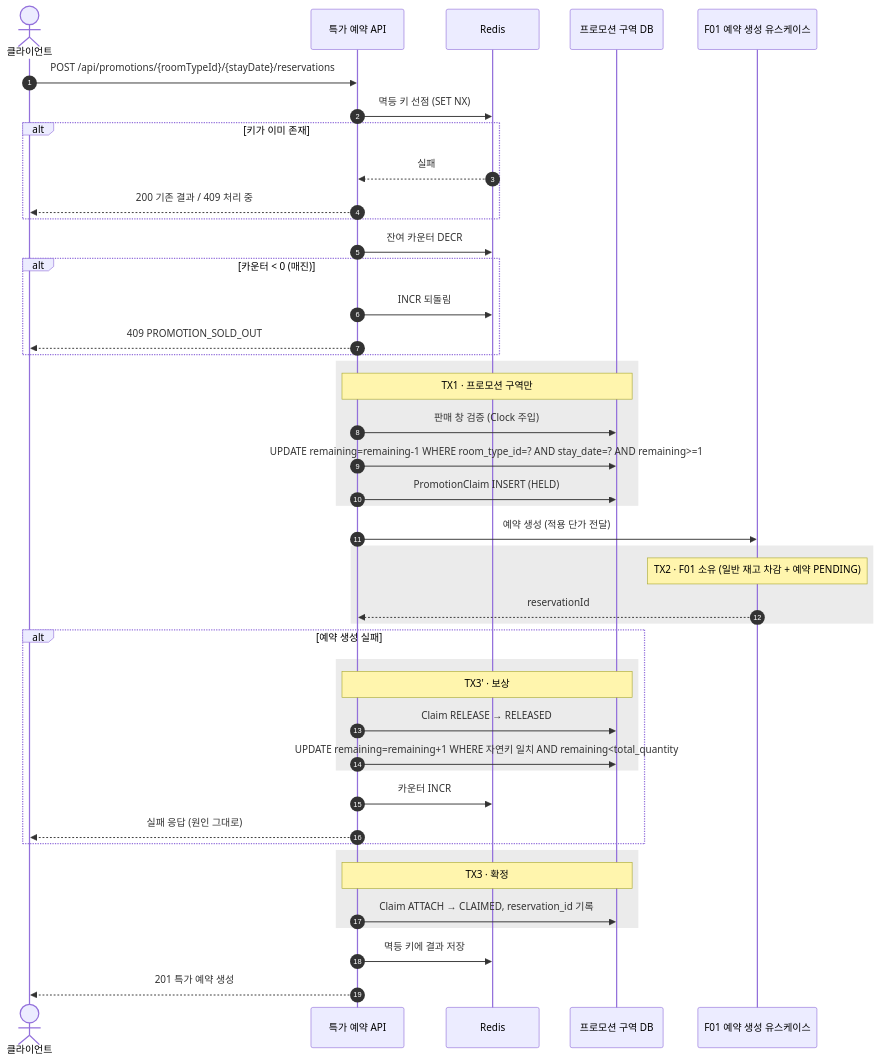
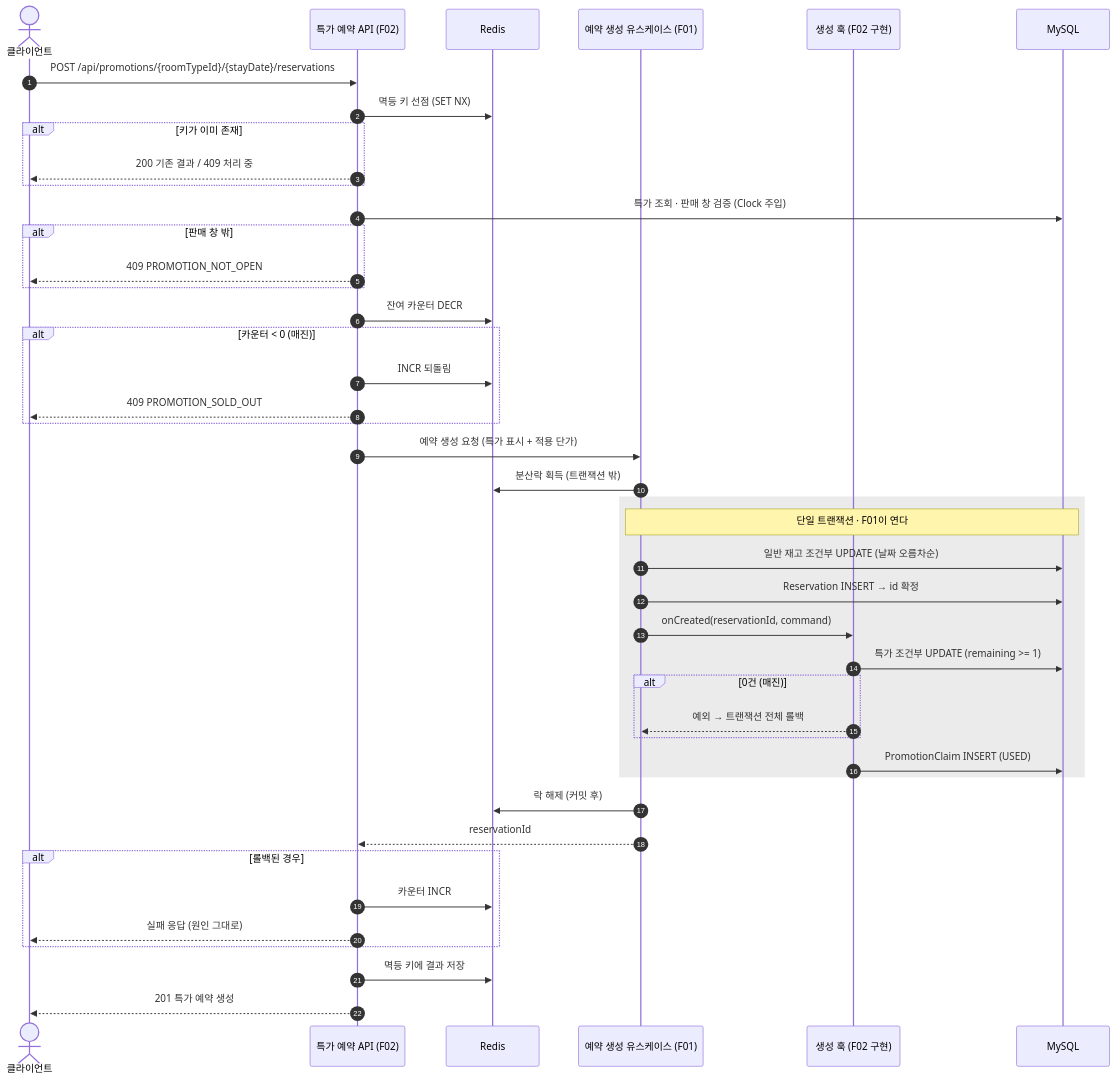
One commit to Diocto/pms changed the fourth of 5 diagrams in docs/spec/F02-선착순-프로모션.md. Above: the diagram before and after it, drawn with Mermaid. The commit also changed other lines of this file and 1 other file, not shown here.

````diff
--- a/docs/spec/F02-선착순-프로모션.md
+++ b/docs/spec/F02-선착순-프로모션.md
@@ -315,47 +340,46 @@
 ```mermaid
 sequenceDiagram
     autonumber
     actor C as 클라이언트
-    participant API as 특가 예약 API
+    participant API as 특가 예약 API (F02)
     participant R as Redis
-    participant P as 프로모션 구역 DB
-    participant F1 as F01 예약 생성 유스케이스
+    participant F1 as 예약 생성 유스케이스 (F01)
+    participant H as 생성 훅 (F02 구현)
+    participant DB as MySQL
 
     C->>API: POST /api/promotions/{roomTypeId}/{stayDate}/reservations
     API->>R: 멱등 키 선점 (SET NX)
     alt 키가 이미 존재
-        R-->>API: 실패
         API-->>C: 200 기존 결과 / 409 처리 중
+    end
+    API->>DB: 특가 조회 · 판매 창 검증 (Clock 주입)
+    alt 판매 창 밖
+        API-->>C: 409 PROMOTION_NOT_OPEN
     end
     API->>R: 잔여 카운터 DECR
     alt 카운터 < 0 (매진)
         API->>R: INCR 되돌림
         API-->>C: 409 PROMOTION_SOLD_OUT
     end
+    API->>F1: 예약 생성 요청 (특가 표시 + 적용 단가)
+    F1->>R: 분산락 획득 (트랜잭션 밖)
     rect rgb(235, 235, 235)
-        note over API,P: TX1 · 프로모션 구역만
-        API->>P: 판매 창 검증 (Clock 주입)
-        API->>P: UPDATE remaining=remaining-1 WHERE room_type_id=? AND stay_date=? AND remaining>=1
-        API->>P: PromotionClaim INSERT (HELD)
+        note over F1,DB: 단일 트랜잭션 · F01이 연다
+        F1->>DB: 일반 재고 조건부 UPDATE (날짜 오름차순)
+        F1->>DB: Reservation INSERT → id 확정
+        F1->>H: onCreated(reservationId, command)
+        H->>DB: 특가 조건부 UPDATE (remaining >= 1)
+        alt 0건 (매진)
+            H-->>F1: 예외 → 트랜잭션 전체 롤백
+        end
+        H->>DB: PromotionClaim INSERT (USED)
     end
-    API->>F1: 예약 생성 (적용 단가 전달)
-    rect rgb(235, 235, 235)
-        note over F1: TX2 · F01 소유 (일반 재고 차감 + 예약 PENDING)
-        F1-->>API: reservationId
-    end
-    alt 예약 생성 실패
-        rect rgb(235, 235, 235)
-            note over API,P: TX3' · 보상
-            API->>P: Claim RELEASE → RELEASED
-            API->>P: UPDATE remaining=remaining+1 WHERE 자연키 일치 AND remaining<total_quantity
-        end
+    F1->>R: 락 해제 (커밋 후)
+    F1-->>API: reservationId
+    alt 롤백된 경우
         API->>R: 카운터 INCR
         API-->>C: 실패 응답 (원인 그대로)
-    end
-    rect rgb(235, 235, 235)
-        note over API,P: TX3 · 확정
-        API->>P: Claim ATTACH → CLAIMED, reservation_id 기록
     end
     API->>R: 멱등 키에 결과 저장
     API-->>C: 201 특가 예약 생성
 ```
````
